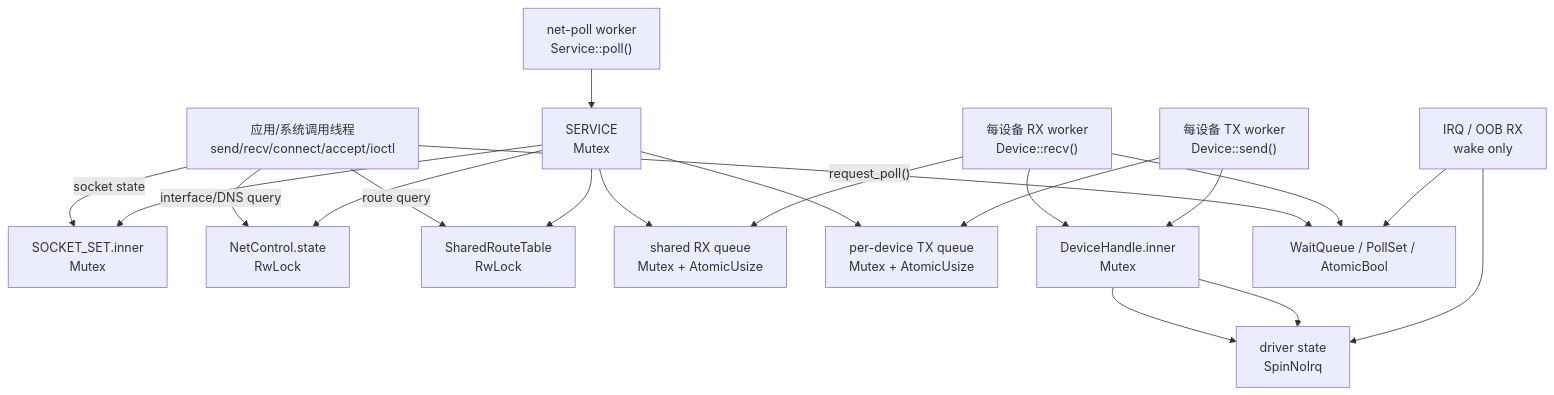
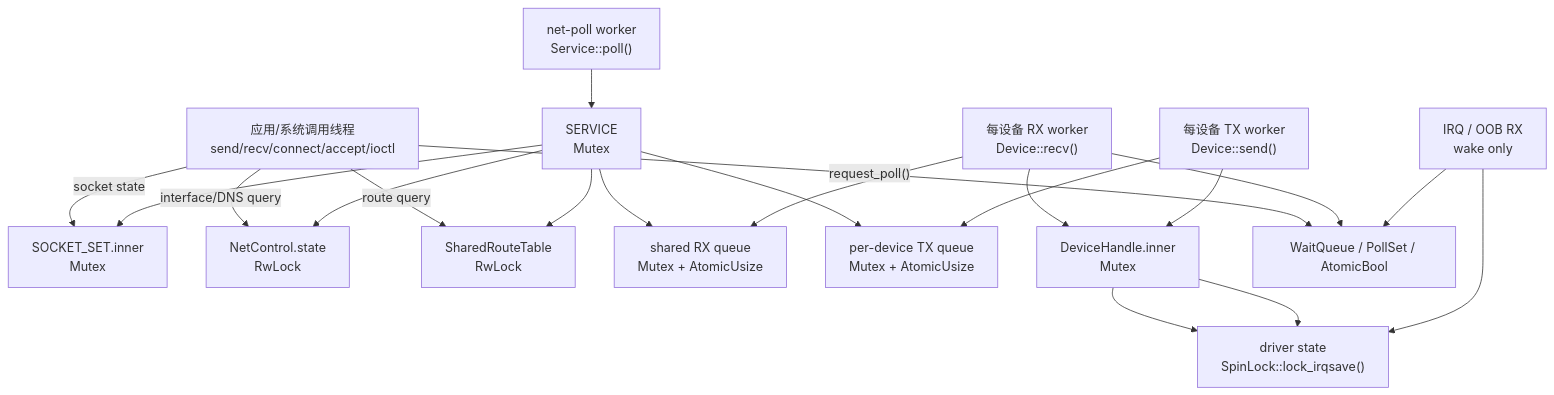
Before and after one commit to qcl-kernel/tgoskits-liangce: the diagram in 阶段性验收/02-源码快照/tgoskits/docs/docs/architecture/net/locks.md, drawn with Mermaid. The commit also changed other lines of this file and 5368 other files, not shown here.

````diff
--- a/阶段性验收/02-源码快照/tgoskits/docs/docs/architecture/net/locks.md
+++ b/阶段性验收/02-源码快照/tgoskits/docs/docs/architecture/net/locks.md
@@ -14,42 +14,42 @@
 ```mermaid
 flowchart TB
     App["应用/系统调用线程<br/>send/recv/connect/accept/ioctl"]
     PollWorker["net-poll worker<br/>Service::poll()"]
     RxWorker["每设备 RX worker<br/>Device::recv()"]
     TxWorker["每设备 TX worker<br/>Device::send()"]
     Irq["IRQ / OOB RX<br/>wake only"]
 
     ServiceLock["SERVICE<br/>Mutex<Service>"]
     SocketLock["SOCKET_SET.inner<br/>Mutex<SocketSet>"]
     ControlLock["NetControl.state<br/>RwLock<ControlState>"]
     RouteLock["SharedRouteTable<br/>RwLock<RouteTable>"]
     RxQueue["shared RX queue<br/>Mutex<VecDeque> + AtomicUsize"]
     TxQueue["per-device TX queue<br/>Mutex<VecDeque> + AtomicUsize"]
     DevLock["DeviceHandle.inner<br/>Mutex<Device>"]
-    DriverLock["driver state<br/>SpinNoIrq"]
+    DriverLock["driver state<br/>SpinLock::lock_irqsave()"]
     Wake["WaitQueue / PollSet / AtomicBool"]
 
     App -->|"socket state"| SocketLock
     App -->|"request_poll()"| Wake
     App -->|"interface/DNS query"| ControlLock
     App -->|"route query"| RouteLock
 
     PollWorker --> ServiceLock
     ServiceLock --> SocketLock
     ServiceLock --> ControlLock
     ServiceLock --> RouteLock
     ServiceLock --> RxQueue
     ServiceLock --> TxQueue
 
     RxWorker --> DevLock
     DevLock --> DriverLock
     RxWorker --> RxQueue
     RxWorker --> Wake
 
     TxWorker --> TxQueue
     TxWorker --> DevLock
     DevLock --> DriverLock
 
     Irq --> DriverLock
     Irq --> Wake
 ```
````
